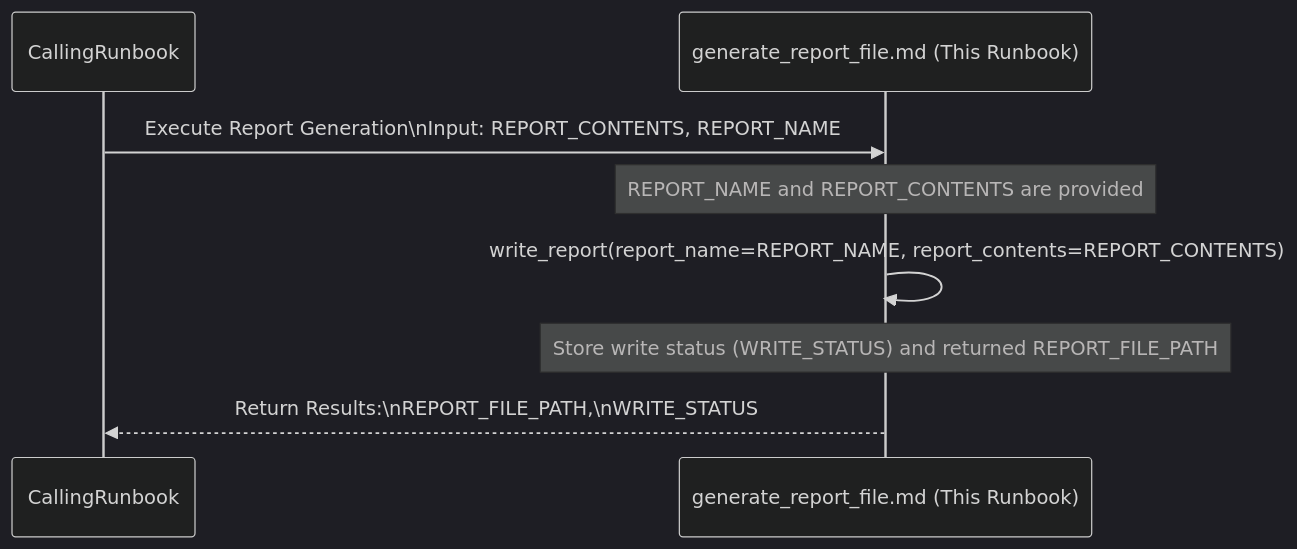
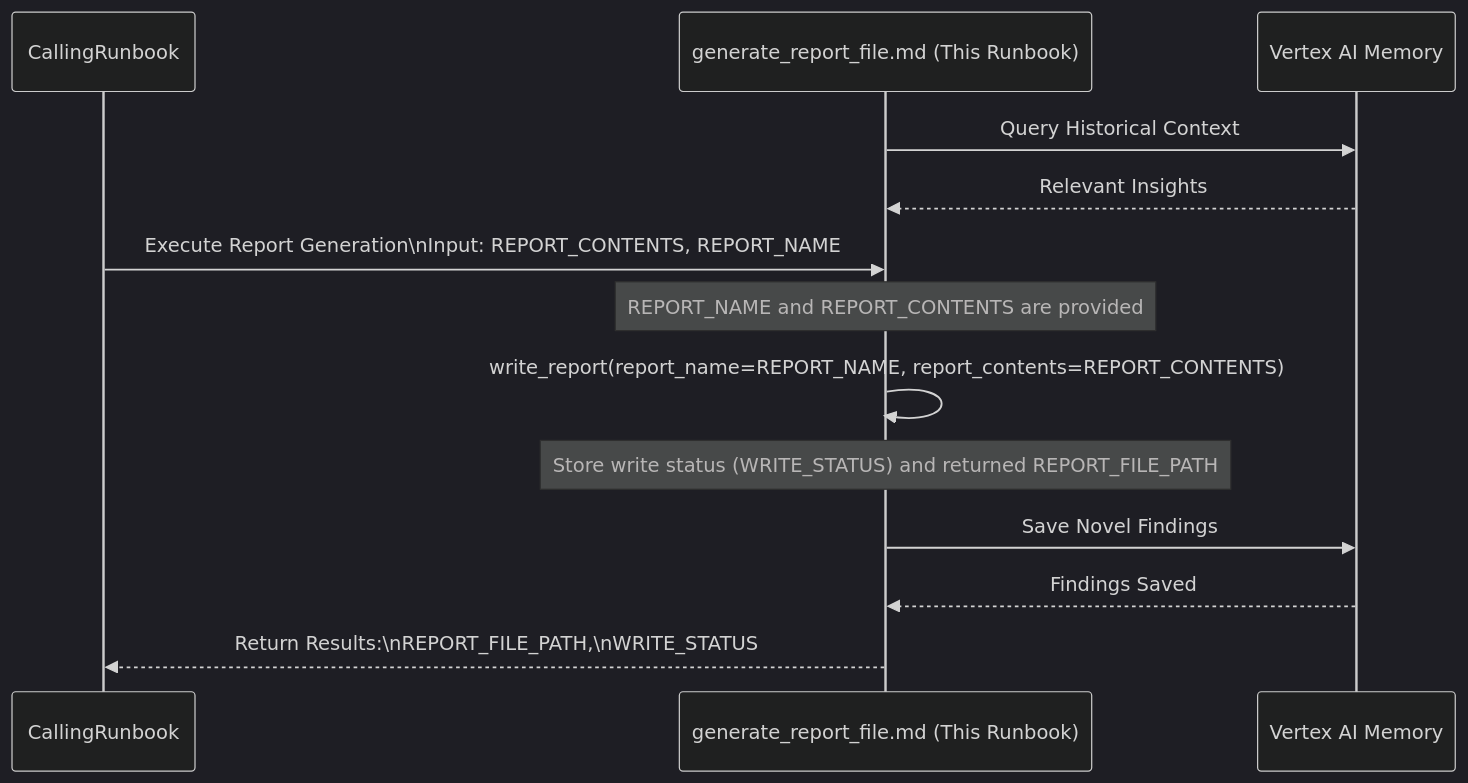
Before and after one commit to dandye/adk_runbooks: the diagram in rules-bank/run_books/common_steps/generate_report_file.md, drawn with Mermaid (dark theme). The commit also changed other lines of this file and 125 other files, not shown here.

````diff
--- a/rules-bank/run_books/common_steps/generate_report_file.md
+++ b/rules-bank/run_books/common_steps/generate_report_file.md
@@ -34,18 +36,27 @@
 ```{mermaid}
 sequenceDiagram
     participant CallingRunbook
     participant GenerateReportFile as generate_report_file.md (This Runbook)
+    participant Memory as Vertex AI Memory
 
+
+    %% Step: Query Memory Context
+    GenerateReportFile->>Memory: Query Historical Context
+    Memory-->>GenerateReportFile: Relevant Insights
     CallingRunbook->>GenerateReportFile: Execute Report Generation\nInput: REPORT_CONTENTS, REPORT_NAME
 
     %% Step 2: Prepare Report Details
     Note over GenerateReportFile: REPORT_NAME and REPORT_CONTENTS are provided
 
     %% Step 3: Write Report
     GenerateReportFile->>GenerateReportFile: write_report(report_name=REPORT_NAME, report_contents=REPORT_CONTENTS)
     Note over GenerateReportFile: Store write status (WRITE_STATUS) and returned REPORT_FILE_PATH
 
     %% Step 4: Return Status
+
+    %% Step: Save Findings to Memory
+    GenerateReportFile->>Memory: Save Novel Findings
+    Memory-->>GenerateReportFile: Findings Saved
     GenerateReportFile-->>CallingRunbook: Return Results:\nREPORT_FILE_PATH,\nWRITE_STATUS
 
 ```
````
